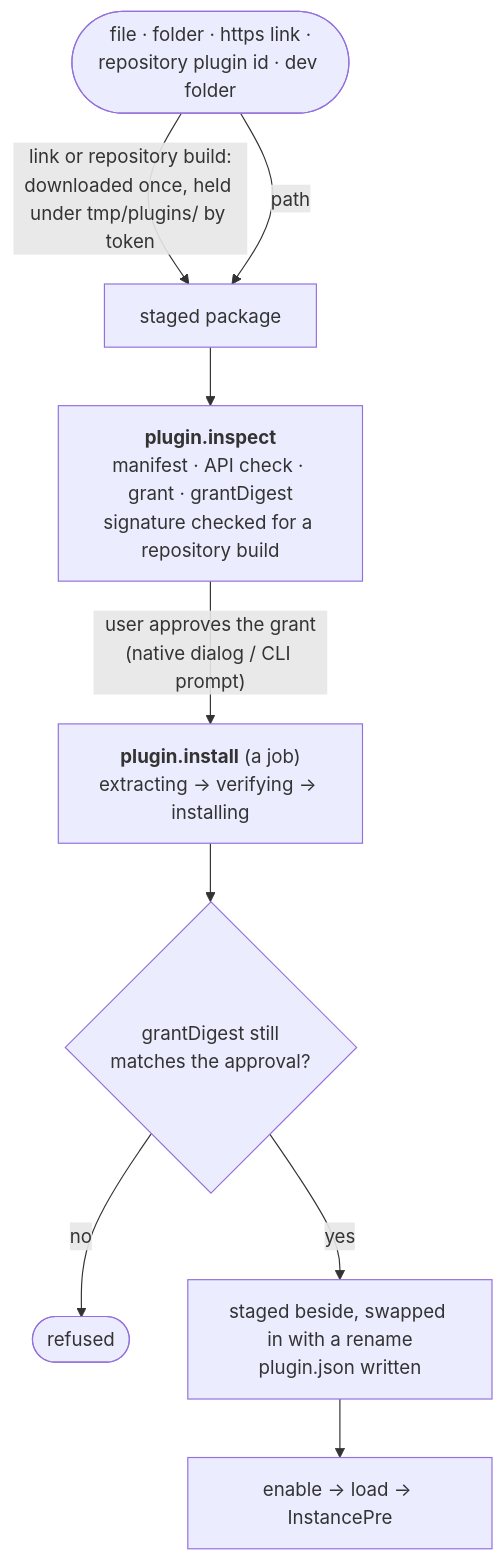
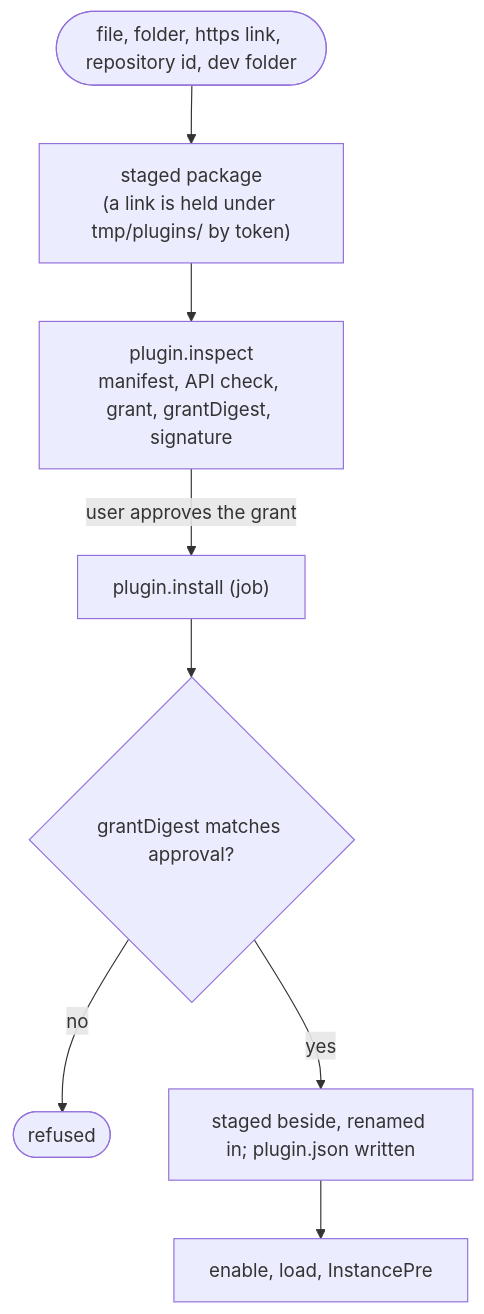
The third of 3 diagrams in docs/architecture/plugins.md (prytaneum/hestia), drawn with Mermaid before and after one commit. The commit also changed other lines of this file and 11 other files, not shown here.

Commit message:
docs(architecture): describe the current system only

````diff
--- a/docs/architecture/plugins.md
+++ b/docs/architecture/plugins.md
@@ -594,12 +339,9 @@
 ```mermaid
 flowchart TD
-    SRC(["file · folder · https link ·<br/>repository plugin id · dev folder"])
-    SRC -->|"link or repository build:<br/>downloaded once, held under tmp/plugins/ by token"| STAGED["staged package"]
-    SRC -->|"path"| STAGED
-    STAGED --> INSPECT["<b>plugin.inspect</b><br/>manifest · API check · grant · grantDigest<br/>signature checked for a repository build"]
-    INSPECT -->|"user approves the grant<br/>(native dialog / CLI prompt)"| INSTALL["<b>plugin.install</b> (a job)<br/>extracting → verifying → installing"]
-    INSTALL --> CHECK{"grantDigest still<br/>matches the approval?"}
+    SRC(["file, folder, https link, repository id, dev folder"]) --> STAGED["staged package<br/>(a link is held under tmp/plugins/ by token)"]
+    STAGED --> INSPECT["plugin.inspect<br/>manifest, API check, grant, grantDigest, signature"]
+    INSPECT -->|"user approves the grant"| INSTALL["plugin.install (job)"]
+    INSTALL --> CHECK{"grantDigest matches approval?"}
     CHECK -->|"no"| REFUSE(["refused"])
-    CHECK -->|"yes"| SWAP["staged beside, swapped in with a rename<br/>plugin.json written"]
-    SWAP --> ENABLE["enable → load → InstancePre"]
+    CHECK -->|"yes"| SWAP["staged beside, renamed in; plugin.json written"] --> ENABLE["enable, load, InstancePre"]
 ```
````
